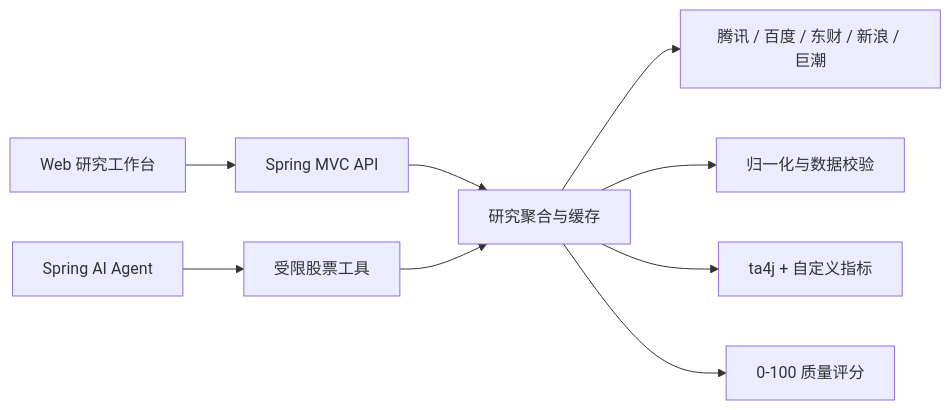
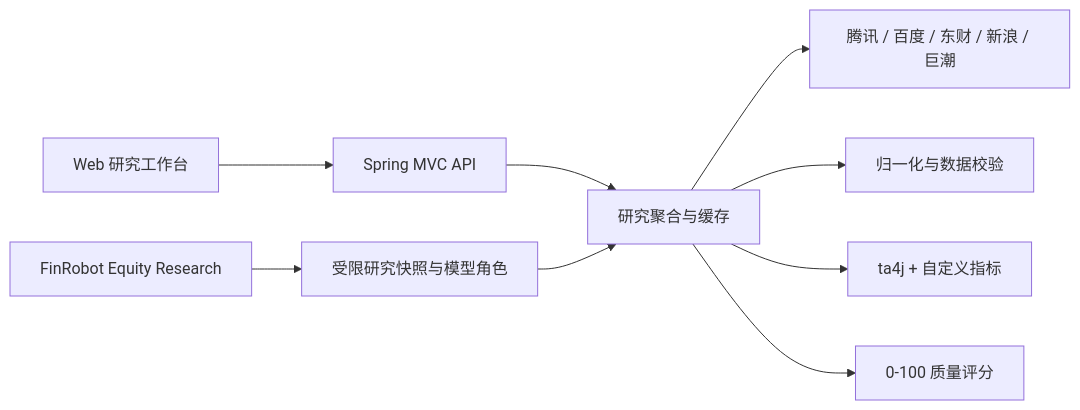
The diagram in README.md (xixi66666/a-stock-agent), drawn with Mermaid before and after one commit. The commit also changed other lines of this file and 88 other files, not shown here.

First line of the commit message:
feat: add FinRobot and UZI research with resilient model JSON parsing

````diff
--- a/README.md
+++ b/README.md
@@ -111,11 +129,11 @@
 ```mermaid
 flowchart LR
   UI["Web 研究工作台"] --> API["Spring MVC API"]
   API --> Aggregate["研究聚合与缓存"]
   Aggregate --> Providers["腾讯 / 百度 / 东财 / 新浪 / 巨潮"]
   Aggregate --> Validate["归一化与数据校验"]
   Aggregate --> Technical["ta4j + 自定义指标"]
   Aggregate --> Quality["0-100 质量评分"]
-  Agent["Spring AI Agent"] --> Tools["受限股票工具"]
+  FinRobot["FinRobot Equity Research"] --> Tools["受限研究快照与模型角色"]
   Tools --> Aggregate
 ```
````
